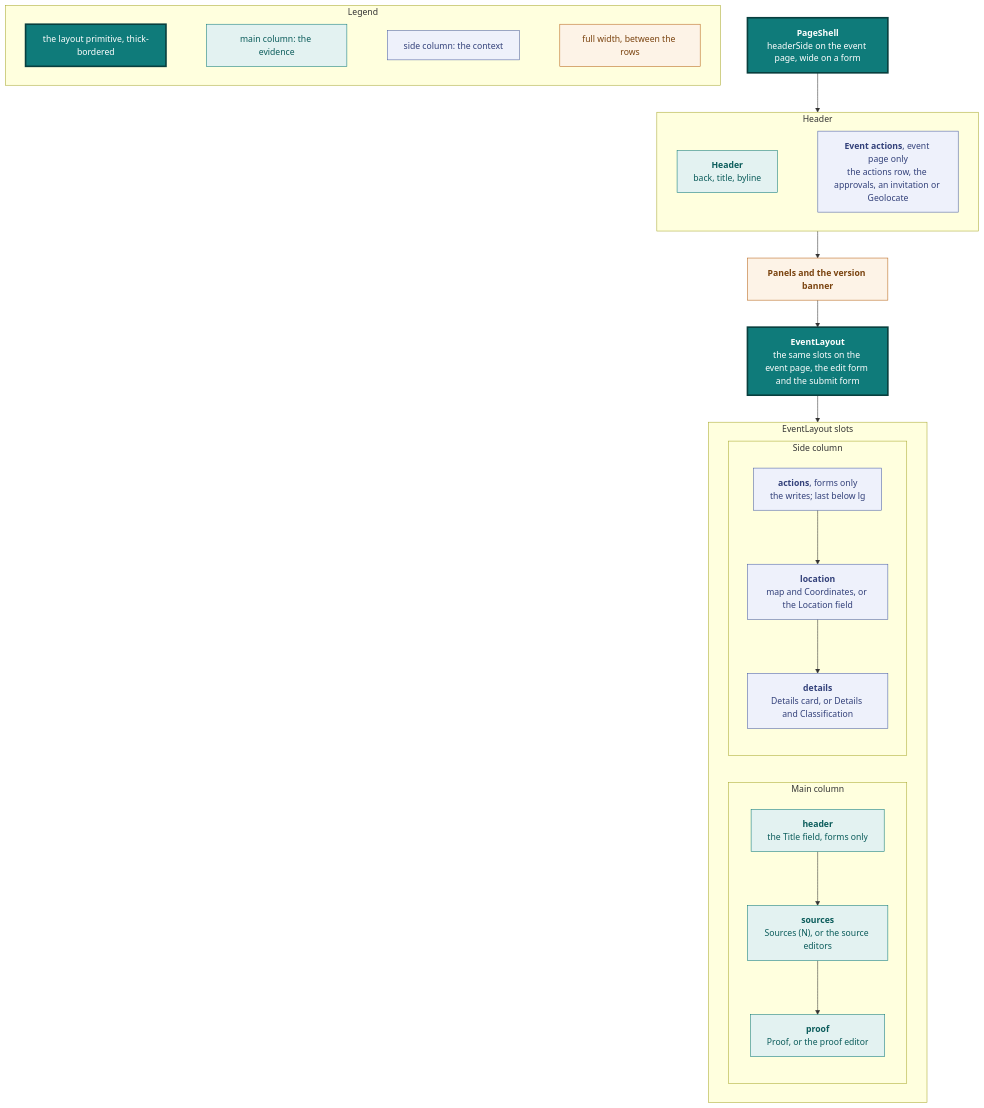
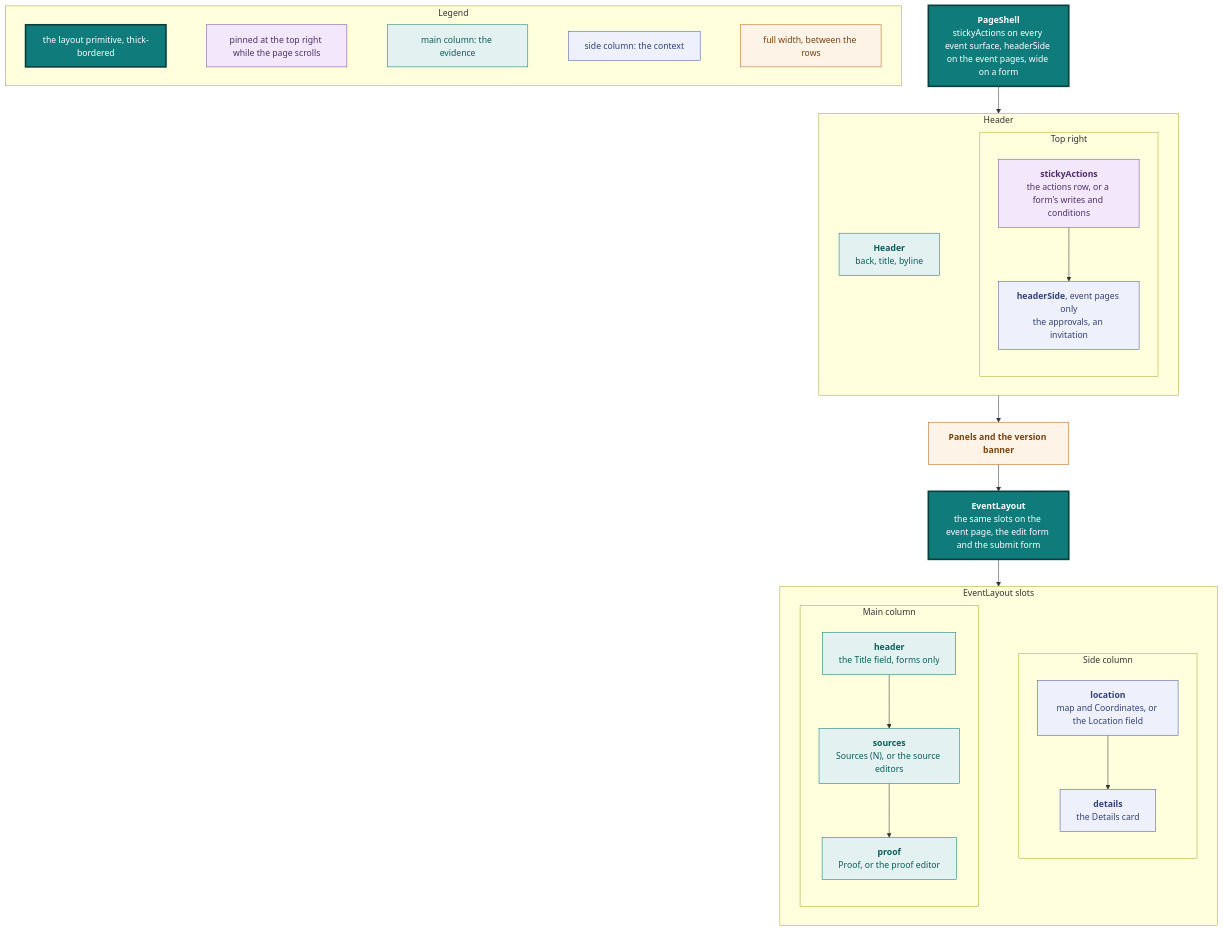
Before and after one commit to vidithq/vidit: the sixth of 15 diagrams in docs/design.md, drawn with Mermaid. The commit also changed other lines of this file and 24 other files, not shown here.

First line of the commit message:
feat(frontend): pin the event actions at the top right of the header

````diff
--- a/docs/design.md
+++ b/docs/design.md
@@ -677,59 +678,66 @@
 ```mermaid
 flowchart TB
   classDef core fill:#0f7b7a,stroke:#083f3e,stroke-width:3px,color:#ffffff
+  classDef pinned fill:#f3e8fb,stroke:#7a4aa5,color:#4f2f6b
   classDef shared fill:#e3f2f1,stroke:#0f7b7a,color:#0b5c5b
   classDef spec fill:#eef1fb,stroke:#4a5fa5,color:#33417a
   classDef state fill:#fdf3e7,stroke:#b8661a,color:#7a430f
 
   subgraph legend [Legend]
     direction LR
     l1["`the layout primitive, thick-bordered`"]:::core
+    l5["`pinned at the top right while the page scrolls`"]:::pinned
     l2["`main column: the evidence`"]:::shared
     l3["`side column: the context`"]:::spec
     l4["`full width, between the rows`"]:::state
-    l1 ~~~ l2 ~~~ l3 ~~~ l4
+    l1 ~~~ l5 ~~~ l2 ~~~ l3 ~~~ l4
   end
 
   shell["`**PageShell**
-  headerSide on the event page, wide on a form`"]:::core
+  stickyActions on every event surface, headerSide on the event pages, wide on a form`"]:::core
 
   subgraph top [Header]
     direction LR
     header["`**Header**
     back, title, byline`"]:::shared
-    eventActions["`**Event actions**, event page only
-    the actions row, the approvals, an invitation or Geolocate`"]:::spec
-    header ~~~ eventActions
+    subgraph topside [Top right]
+      direction TB
+      sticky["`**stickyActions**
+      the actions row, or a form's writes and conditions`"]:::pinned
+      approvals["`**headerSide**, event pages only
+      the approvals, an invitation`"]:::spec
+      sticky --> approvals
+    end
+    header ~~~ topside
   end
 
   between["`**Panels and the version banner**`"]:::state
 
   layout["`**EventLayout**
   the same slots on the event page, the edit form and the submit form`"]:::core
 
   subgraph body [EventLayout slots]
     direction LR
     subgraph main [Main column]
       direction TB
       title["`**header**
       the Title field, forms only`"]:::shared
       sources["`**sources**
       Sources (N), or the source editors`"]:::shared
       proof["`**proof**
       Proof, or the proof editor`"]:::shared
       title --> sources --> proof
     end
     subgraph side [Side column]
       direction TB
-      actions["`**actions**, forms only
-      the writes; last below lg`"]:::spec
       location["`**location**
       map and Coordinates, or the Location field`"]:::spec
       details["`**details**
-      Details card, or Details and Classification`"]:::spec
-      actions --> location --> details
+      the Details card`"]:::spec
+      location --> details
     end
+    main ~~~ side
   end
 
   shell --> top --> between --> layout --> body
 ```
````
